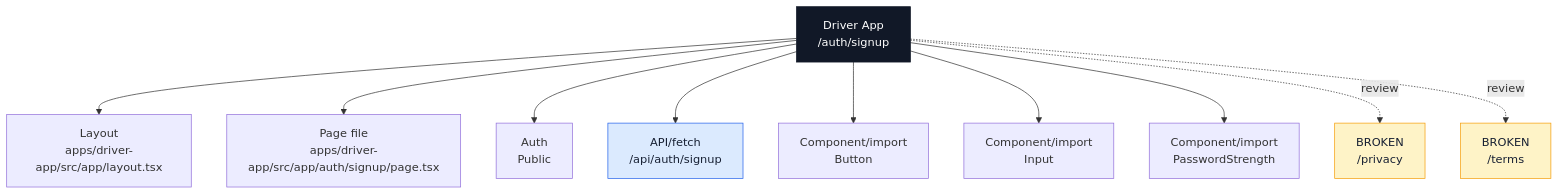
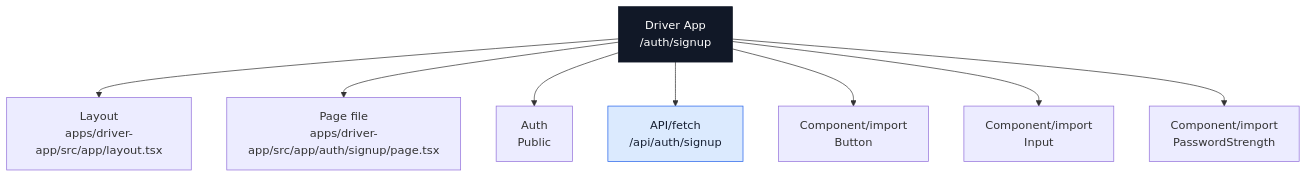
Before and after one commit to Ritenoob/ridendine-marketplace: the second of 10 diagrams in docs/architecture/codebase-map/pages/driver-app-pages.md, drawn with Mermaid. The commit also changed other lines of this file and 53 other files, not shown here.

````diff
--- a/docs/architecture/codebase-map/pages/driver-app-pages.md
+++ b/docs/architecture/codebase-map/pages/driver-app-pages.md
@@ -86,29 +86,24 @@
 ```mermaid
 flowchart TB
   Page["Driver App<br/>/auth/signup"]
   Layout["Layout<br/>apps/driver-app/src/app/layout.tsx"]
   File["Page file<br/>apps/driver-app/src/app/auth/signup/page.tsx"]
   Auth["Auth<br/>Public"]
   Page --> Layout
   Page --> File
   Page --> Auth
   Api0["API/fetch<br/>/api/auth/signup"]
   Page --> Api0
   Component0["Component/import<br/>Button"]
   Page --> Component0
   Component1["Component/import<br/>Input"]
   Page --> Component1
   Component2["Component/import<br/>PasswordStrength"]
   Page --> Component2
-  Gap0["BROKEN<br/>/privacy"]
-  Page -. review .-> Gap0
-  Gap1["BROKEN<br/>/terms"]
-  Page -. review .-> Gap1
   classDef page fill:#111827,stroke:#111827,color:#ffffff
   classDef data fill:#dcfce7,stroke:#16a34a,color:#172033
   classDef api fill:#dbeafe,stroke:#2563eb,color:#172033
   classDef warn fill:#fef3c7,stroke:#f59e0b,color:#172033
   class Page page
   class Api0 api
-  class Gap0,Gap1 warn
 ```
````
